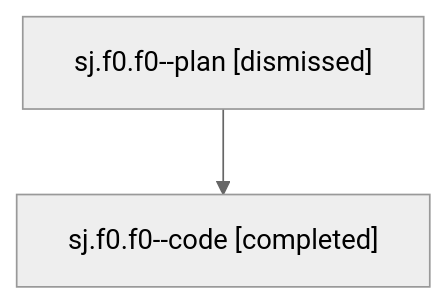
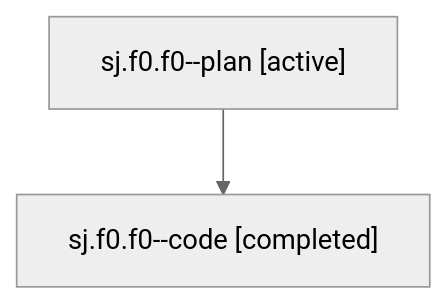
One commit to bobs-org/bob-cli--agents changed the diagram in families/bbugyi200.athena.sj.f0.f0.md. Above: the diagram before and after it, drawn with Mermaid (neutral theme). The commit also changed other lines of this file and 133 other files, not shown here.

````diff
--- a/families/bbugyi200.athena.sj.f0.f0.md
+++ b/families/bbugyi200.athena.sj.f0.f0.md
@@ -9,6 +9,6 @@
 ```mermaid
 flowchart TD
-  n0["sj.f0.f0--plan [dismissed]"]
+  n0["sj.f0.f0--plan [active]"]
   n1["sj.f0.f0--code [completed]"]
   n0 --> n1
 ```
````
